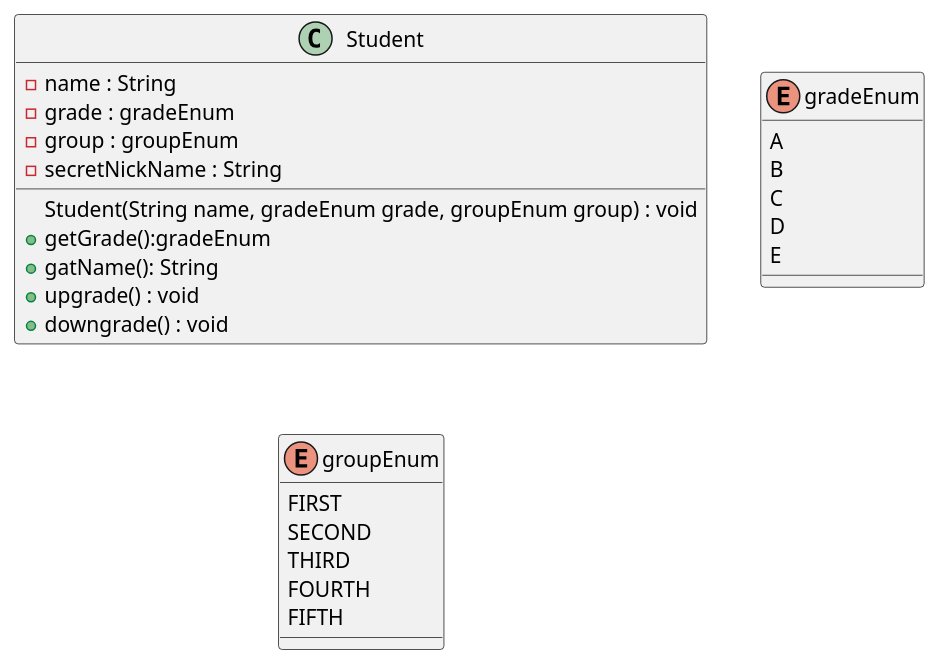
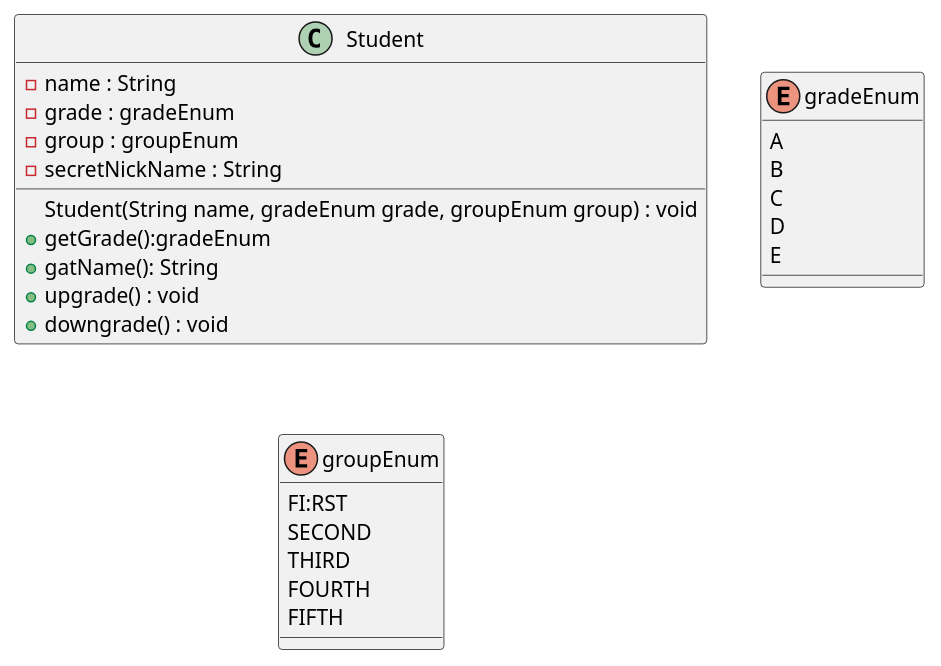
One commit to meenakshipradeep/Class-Diagram-Encapsulation-Activity changed the diagram in UML/Student.puml. Above: the diagram before and after it, drawn with PlantUML.

Commit message:
Class Diagram & Encapsulation Activity commited

```diff
--- a/UML/Student.puml
+++ b/UML/Student.puml
@@ -1,31 +1,31 @@
 @startuml
 'https://plantuml.com/sequence-diagram
 
 class Student{
 - name : String
 - grade : gradeEnum
 - group : groupEnum
 - secretNickName : String
 Student(String name, gradeEnum grade, groupEnum group) : void
 + getGrade():gradeEnum
 + gatName(): String
 + upgrade() : void
 + downgrade() : void
 }
 enum gradeEnum{
  A
  B
  C
  D
  E
 }
 enum groupEnum{
-FIRST
+FI:RST
 SECOND
 THIRD
 FOURTH
 FIFTH
 }
 
 
 @enduml
```
